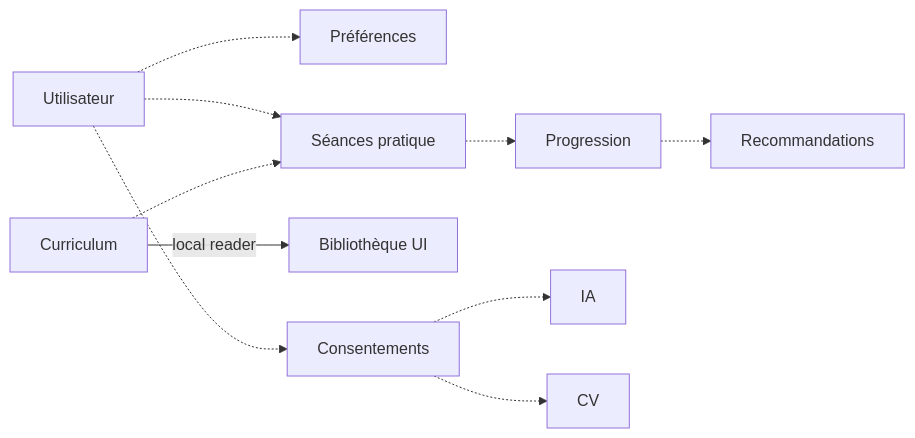
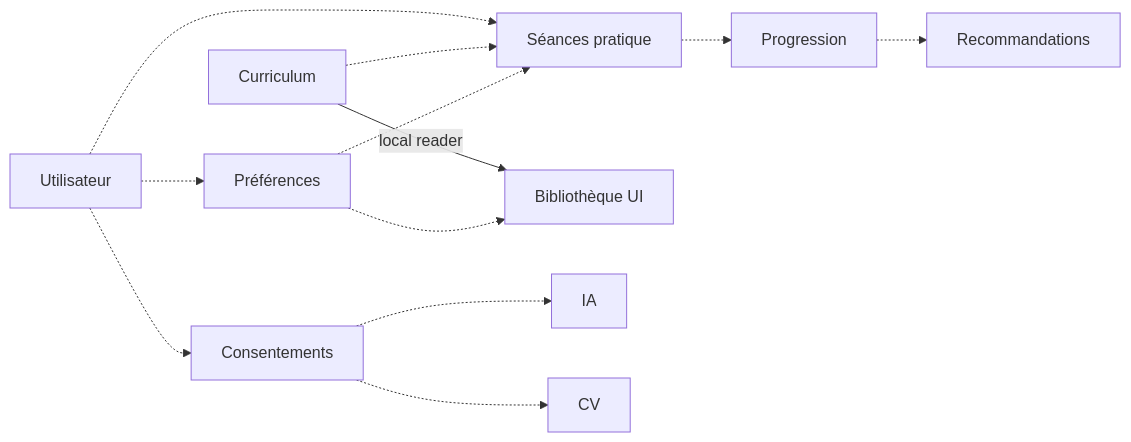
One commit to JavaChrist/Tai-Chi-AI-Coach changed the third of 5 diagrams in docs/runtime/03_DATA_STATUS.md. Above: the diagram before and after it, drawn with Mermaid. The commit also changed other lines of this file and 37 other files, not shown here.

````diff
--- a/docs/runtime/03_DATA_STATUS.md
+++ b/docs/runtime/03_DATA_STATUS.md
@@ -112,12 +113,14 @@
 ```mermaid
 flowchart LR
   U[Utilisateur] -.-> Pref[Préférences]
   U -.-> Sess[Séances pratique]
   Curr[Curriculum] -->|local reader| Lib[Bibliothèque UI]
   Curr -.-> Sess
   Sess -.-> Prog[Progression]
+  Pref -.-> Lib
+  Pref -.-> Sess
   Prog -.-> Reco[Recommandations]
   U -.-> Cons[Consentements]
   Cons -.-> IA[IA]
   Cons -.-> CV[CV]
 ```
````
